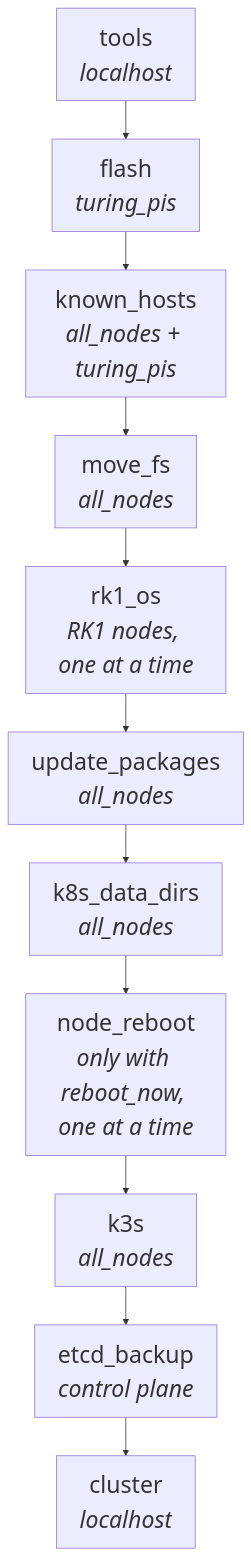
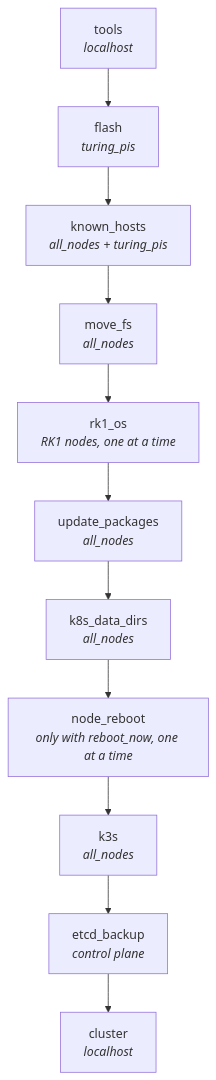
One commit to gilesknap/tpi-k3s-ansible changed the diagram in docs/explanations/ansible-roles.md. Above: the diagram before and after it, drawn with Mermaid. The commit also changed other lines of this file and 76 other files, not shown here.

First line of the commit message:
Re-frame the docs as this cluster's manual and add architecture pages

````diff
--- a/docs/explanations/ansible-roles.md
+++ b/docs/explanations/ansible-roles.md
@@ -8,14 +15,13 @@
 ```mermaid
-%%{init: {'themeVariables': {'fontSize': '30px'}, 'flowchart': {'useMaxWidth': false}}}%%
-flowchart TD
+flowchart TB
     T["tools<br/><i>localhost</i>"] --> F["flash<br/><i>turing_pis</i>"]
     F --> KH["known_hosts<br/><i>all_nodes + turing_pis</i>"]
     KH --> MF["move_fs<br/><i>all_nodes</i>"]
     MF --> RO["rk1_os<br/><i>RK1 nodes, one at a time</i>"]
     RO --> UP["update_packages<br/><i>all_nodes</i>"]
     UP --> DD["k8s_data_dirs<br/><i>all_nodes</i>"]
     DD --> NR["node_reboot<br/><i>only with reboot_now, one at a time</i>"]
     NR --> K["k3s<br/><i>all_nodes</i>"]
     K --> EB["etcd_backup<br/><i>control plane</i>"]
     EB --> C["cluster<br/><i>localhost</i>"]
 ```
````
